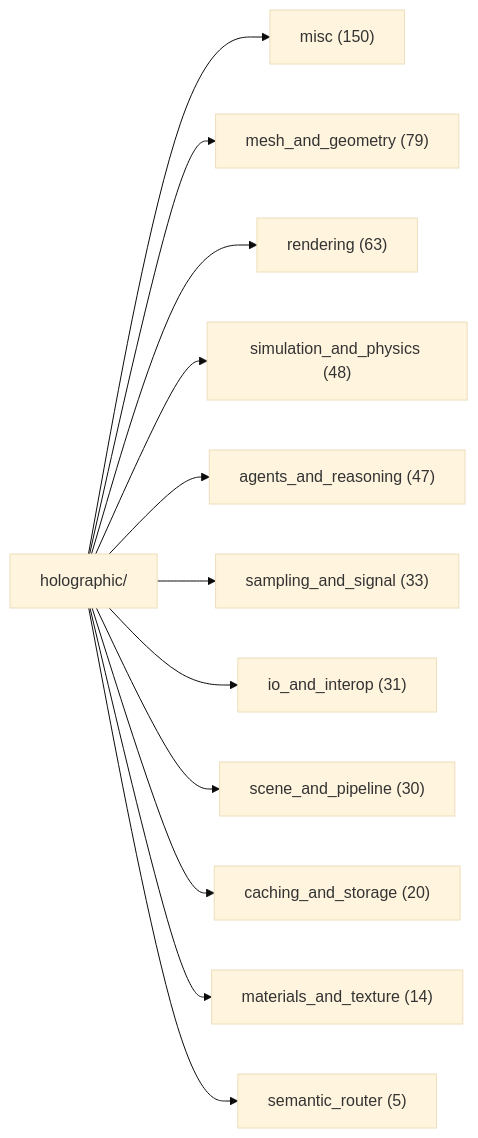
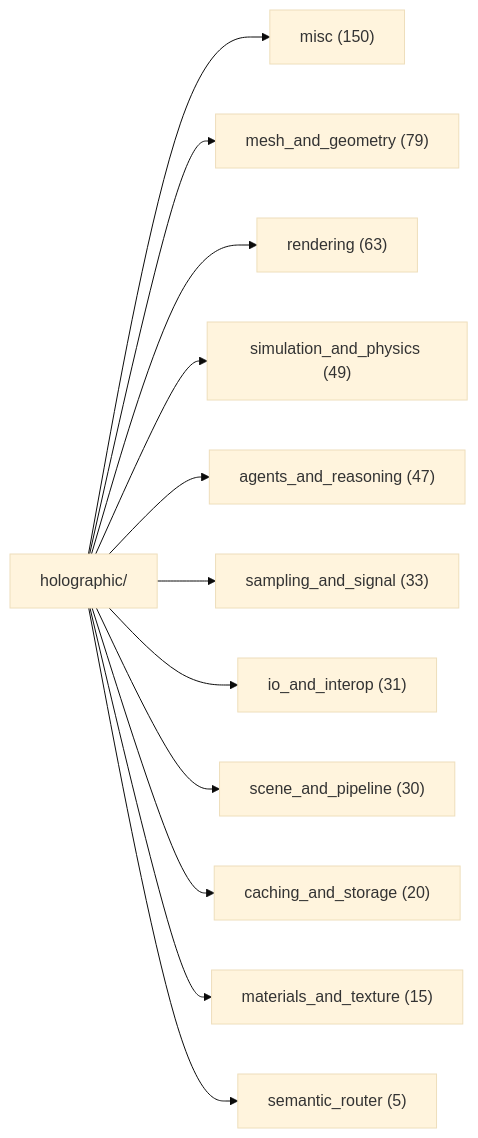
Before and after one commit to AnOversizedMooseWithSocks/leCore: the first of 2 diagrams in docs/DOC_MAP.md, drawn with Mermaid (base theme). The commit also changed other lines of this file and 31 other files, not shown here.

````diff
--- a/docs/DOC_MAP.md
+++ b/docs/DOC_MAP.md
@@ -35,15 +35,15 @@
 ```mermaid
 graph LR
     H[holographic/]
     H --> misc["misc (150)"]
     H --> mesh["mesh_and_geometry (79)"]
     H --> rend["rendering (63)"]
-    H --> simu["simulation_and_physics (48)"]
+    H --> simu["simulation_and_physics (49)"]
     H --> agen["agents_and_reasoning (47)"]
     H --> samp["sampling_and_signal (33)"]
     H --> io_a["io_and_interop (31)"]
     H --> scen["scene_and_pipeline (30)"]
     H --> cach["caching_and_storage (20)"]
-    H --> mate["materials_and_texture (14)"]
+    H --> mate["materials_and_texture (15)"]
     H --> sema["semantic_router (5)"]
 ```
````
